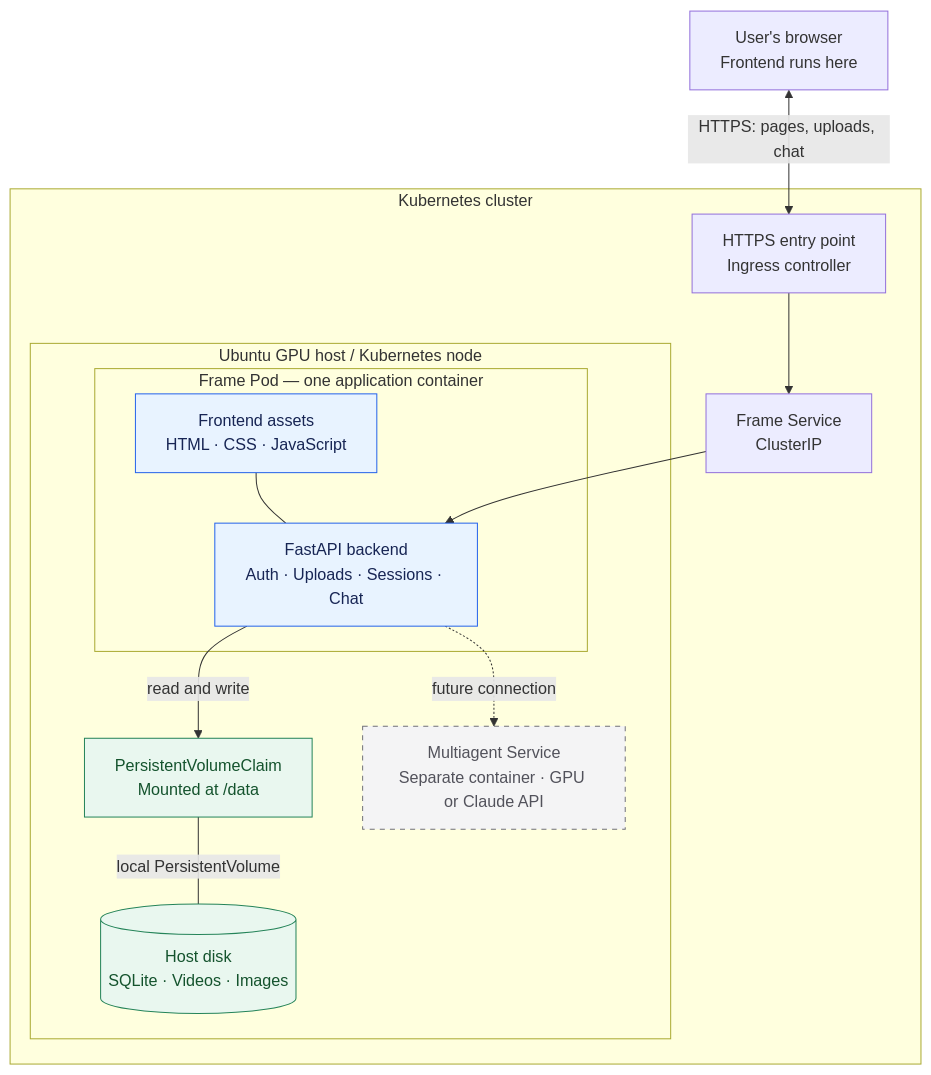
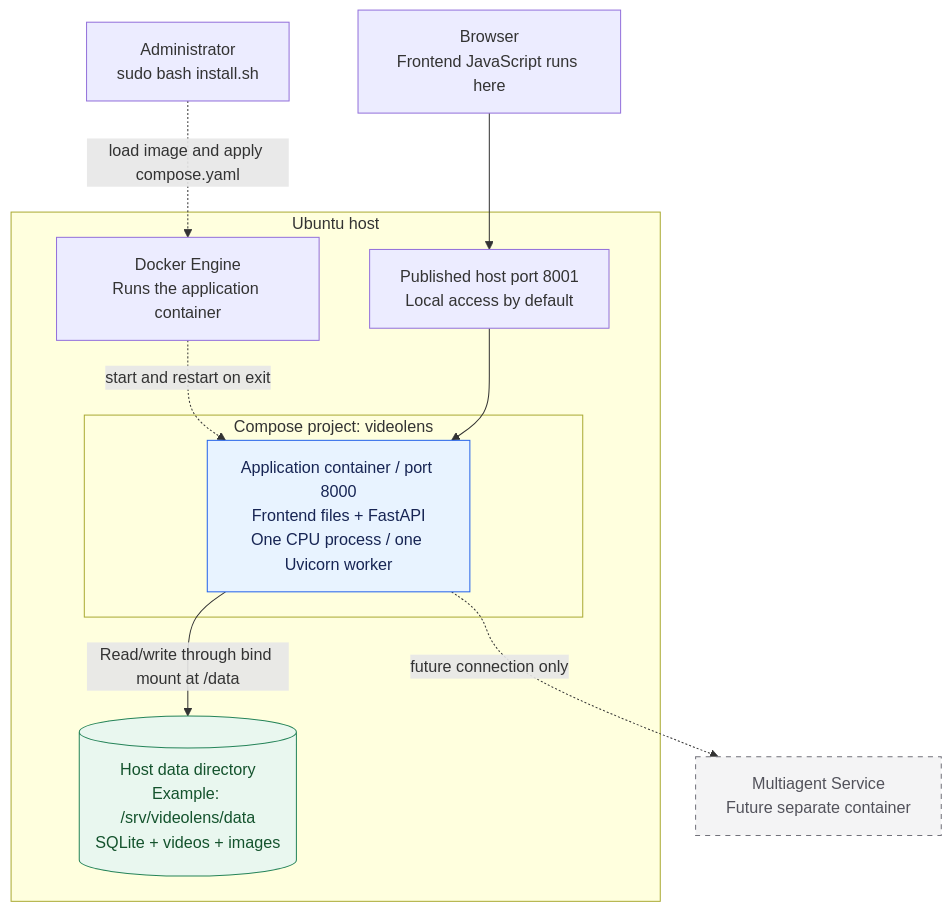
The second of 2 diagrams in docs/architecture.md (krishnakv24/Video-Analyzer-Agent), drawn with Mermaid before and after one commit. The commit also changed other lines of this file and 18 other files, not shown here.

Commit message:
Added Packing And Docker Container Support

````diff
--- a/docs/architecture.md
+++ b/docs/architecture.md
@@ -36,30 +36,26 @@
 ```mermaid
 flowchart TB
-    Browser["User's browser<br/>Frontend runs here"]
-    subgraph Cluster["Kubernetes cluster"]
-        Entry["HTTPS entry point<br/>Ingress controller"]
-        Service["Frame Service<br/>ClusterIP"]
-        subgraph Node["Ubuntu GPU host / Kubernetes node"]
-            subgraph Pod["Frame Pod — one application container"]
-                Static["Frontend assets<br/>HTML · CSS · JavaScript"]
-                API["FastAPI backend<br/>Auth · Uploads · Sessions · Chat"]
-                Static --- API
-            end
-            Volume["PersistentVolumeClaim<br/>Mounted at /data"]
-            Host[("Host disk<br/>SQLite · Videos · Images")]
-            Multiagent["Multiagent Service<br/>Separate container · GPU or Claude API"]
+    Admin["Administrator<br/>sudo bash install.sh"]
+    Browser["Browser<br/>Frontend JavaScript runs here"]
+    subgraph Host["Ubuntu host"]
+        Engine["Docker Engine<br/>Runs the application container"]
+        Port["Published host port 8001<br/>Local access by default"]
+        subgraph Project["Compose project: videolens"]
+            App["Application container / port 8000<br/>Frontend files + FastAPI<br/>One CPU process / one Uvicorn worker"]
         end
+        Data[("Host data directory<br/>Example: /srv/videolens/data<br/>SQLite + videos + images")]
     end
-    Browser <-->|"HTTPS: pages, uploads, chat"| Entry
-    Entry --> Service
-    Service --> API
-    API -->|"read and write"| Volume
-    Volume ---|"local PersistentVolume"| Host
-    API -. "future connection" .-> Multiagent
+    Multiagent["Multiagent Service<br/>Future separate container"]
+    Admin -. "load image and apply compose.yaml" .-> Engine
+    Engine -. "start and restart on exit" .-> App
+    Browser --> Port
+    Port --> App
+    App -->|"Read/write through bind mount at /data"| Data
+    App -. "future connection only" .-> Multiagent
     classDef app fill:#e8f3ff,stroke:#2563eb,color:#172554
     classDef storage fill:#e9f7ef,stroke:#258459,color:#14532d
     classDef deferred fill:#f4f4f5,stroke:#71717a,color:#52525b,stroke-dasharray:5 5
-    class Static,API app
-    class Volume,Host storage
+    class App app
+    class Data storage
     class Multiagent deferred
 ```
````
